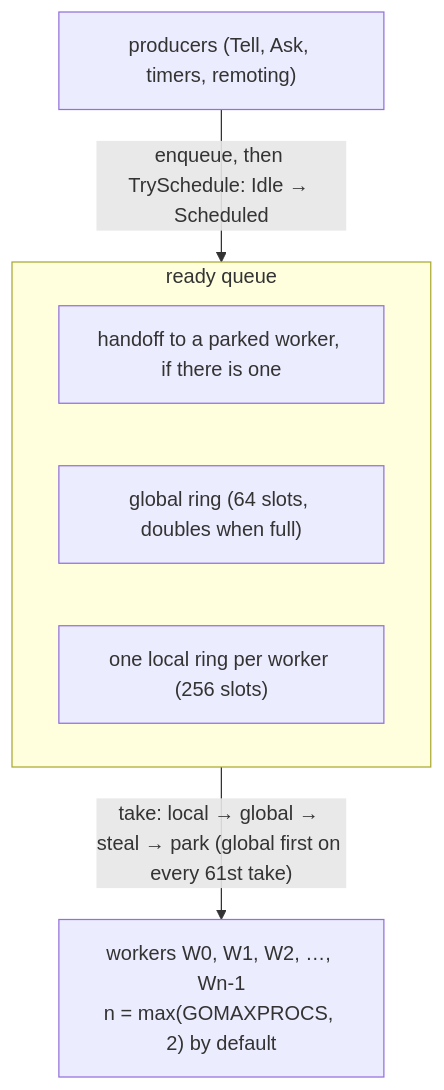
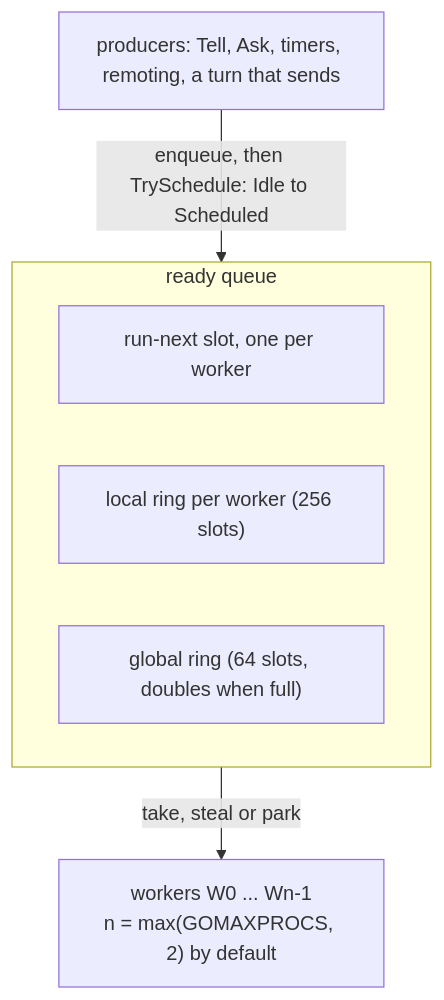
One commit to Tochemey/goakt changed the first of 5 diagrams in book/chapters/chap-07.md. Above: the diagram before and after it, drawn with Mermaid. The commit also changed other lines of this file and 27 other files, not shown here.

````diff
--- a/book/chapters/chap-07.md
+++ b/book/chapters/chap-07.md
@@ -37,12 +43,12 @@
 ```mermaid
 flowchart TD
-    P["producers (Tell, Ask, timers, remoting)"]
+    P["producers: Tell, Ask, timers, remoting, a turn that sends"]
     subgraph RQ["ready queue"]
-        H["handoff to a parked worker, if there is one"]
+        R["run-next slot, one per worker"]
+        L["local ring per worker (256 slots)"]
         G["global ring (64 slots, doubles when full)"]
-        L["one local ring per worker (256 slots)"]
     end
-    W["workers W0, W1, W2, …, Wn-1<br/>n = max(GOMAXPROCS, 2) by default"]
-    P -->|"enqueue, then TrySchedule: Idle → Scheduled"| RQ
-    RQ -->|"take: local → global → steal → park (global first on every 61st take)"| W
+    W["workers W0 ... Wn-1<br/>n = max(GOMAXPROCS, 2) by default"]
+    P -->|"enqueue, then TrySchedule: Idle to Scheduled"| RQ
+    RQ -->|"take, steal or park"| W
 ```
````
